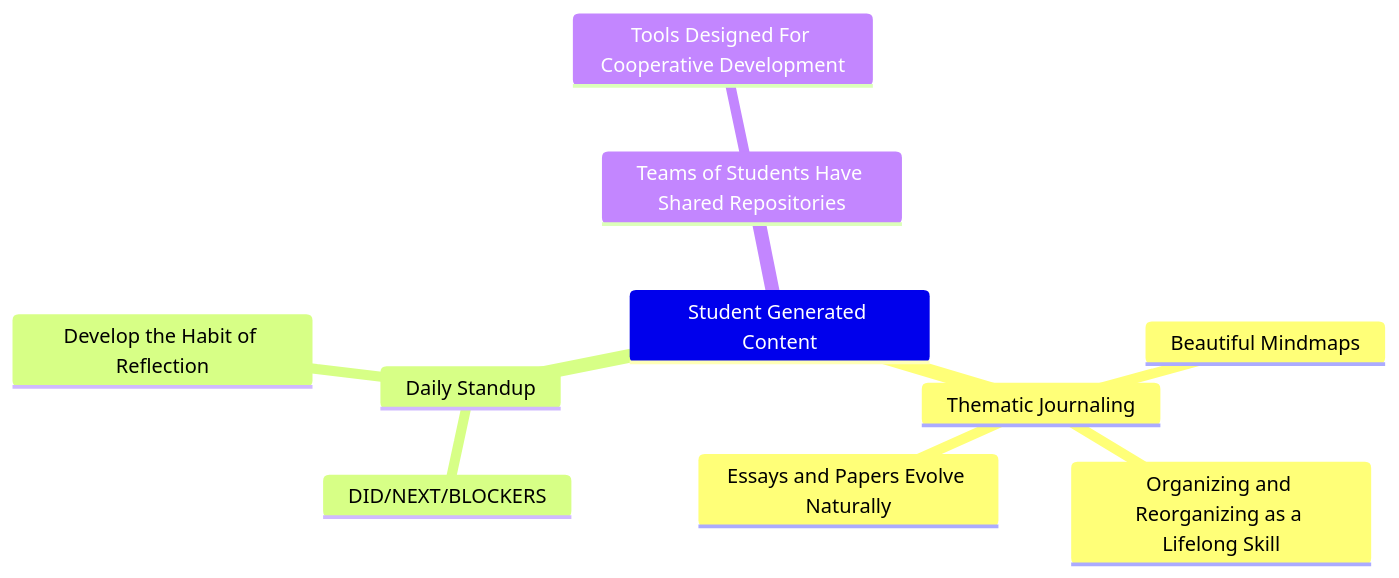
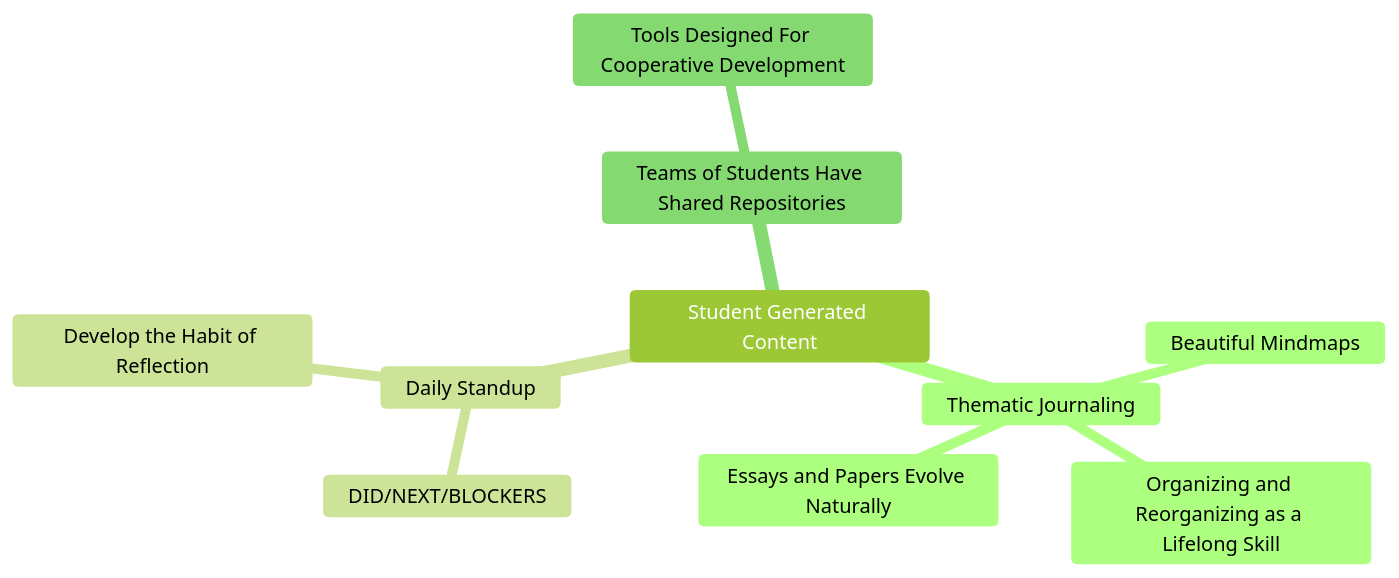
Before and after one commit to marshallflax/vision: the fourth of 4 diagrams in README.md, drawn with Mermaid. The commit also changed other lines of this file, not shown here.

````diff
--- a/README.md
+++ b/README.md
@@ -140,13 +139,15 @@
 ```mermaid
+%%{init:{'theme':'forest'}}%%
+
 mindmap
  Student Generated Content
   Thematic Journaling 
    Beautiful Mindmaps
    Organizing and Reorganizing as a Lifelong Skill
    Essays and Papers Evolve Naturally
   Daily Standup
    DID/NEXT/BLOCKERS
    Develop the Habit of Reflection
   Teams of Students Have Shared Repositories
    Tools Designed For Cooperative Development
 ```
````
